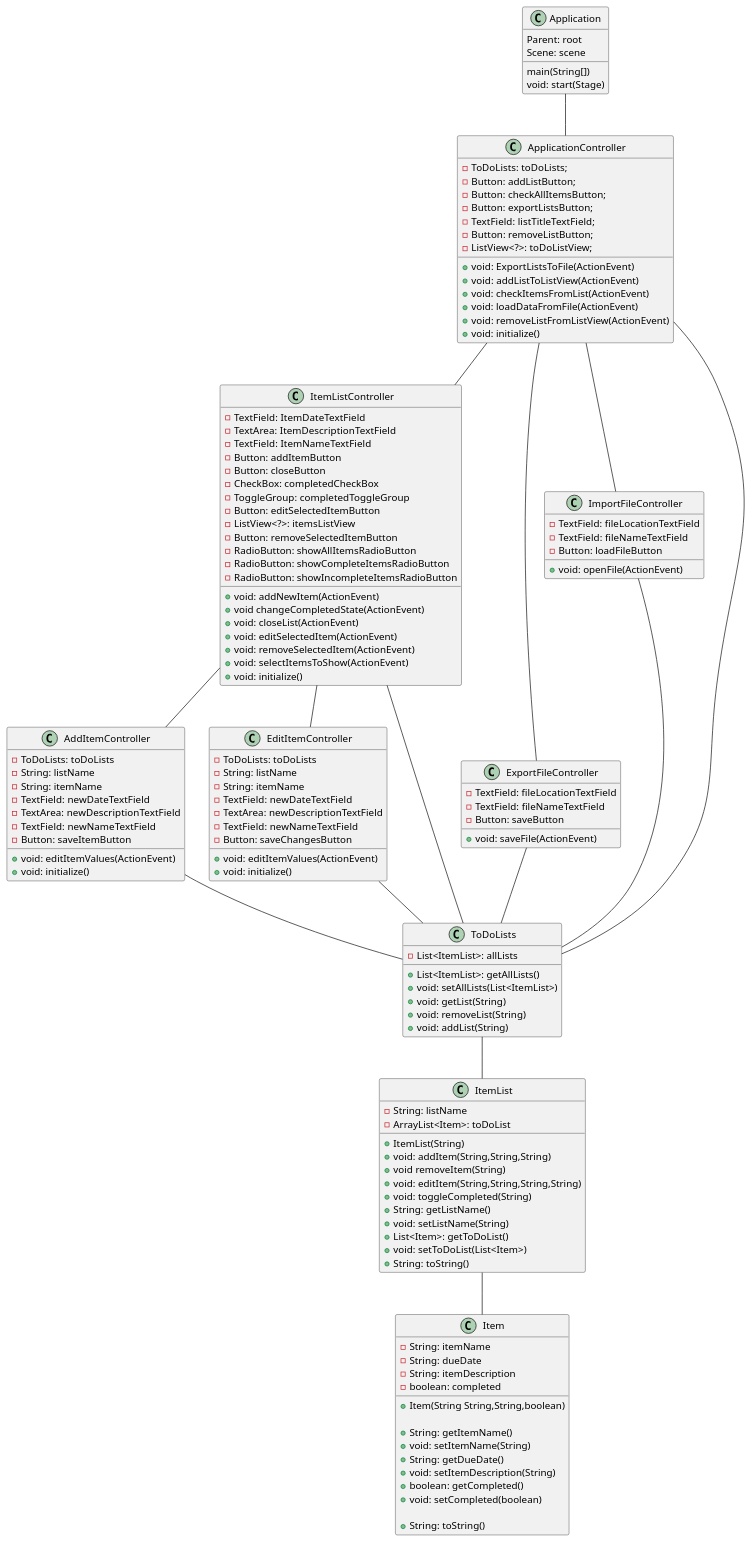
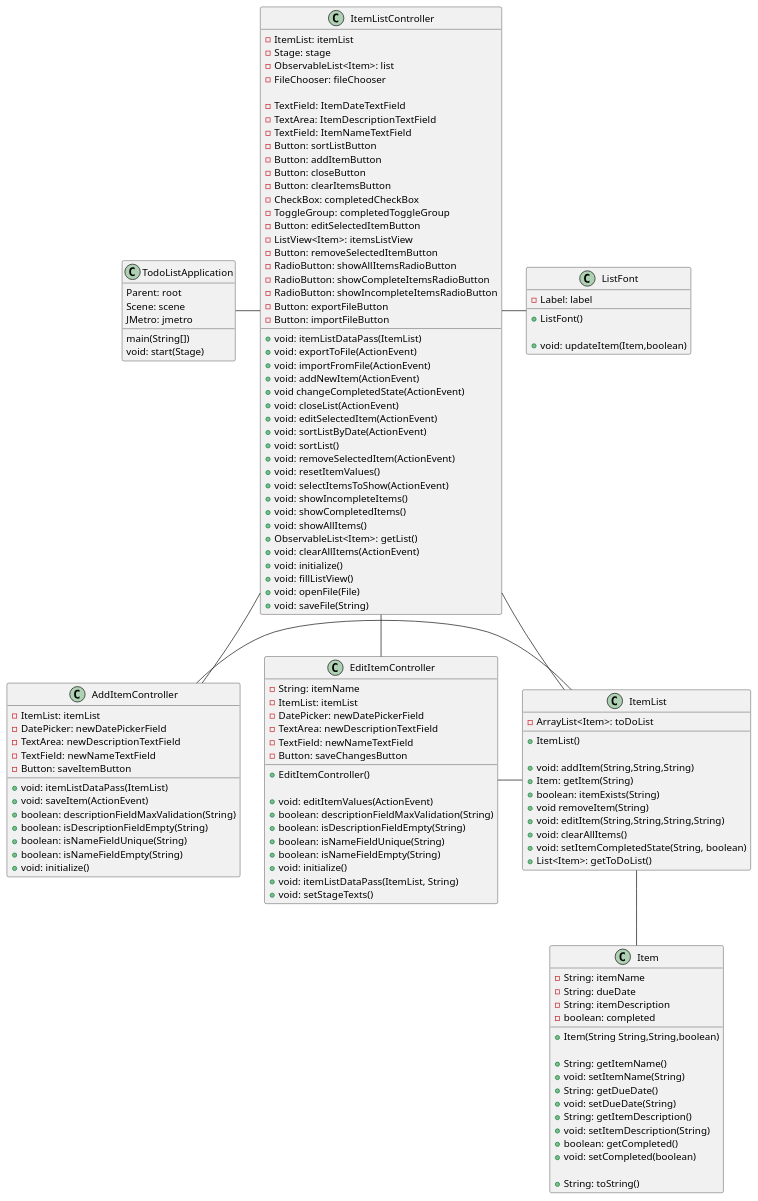
One commit to CapOregon9/bagherzadeh-app1-impl changed the diagram in docs/Classes.puml. Above: the diagram before and after it, drawn with PlantUML. The commit also changed 15 other files, not shown here.

Commit message:
Fixed pseudocode, finished UML, tried to fix spacing issue in listview, and added user guide to docs folder

```diff
--- a/docs/Classes.puml
+++ b/docs/Classes.puml
@@ -1,152 +1,148 @@
 @startuml
 
-Application -- ApplicationController
-ApplicationController -- ItemListController
+TodoListApplication -right- ItemListController
 ItemListController -- AddItemController
 ItemListController -- EditItemController
-ApplicationController -- ExportFileController
-ApplicationController -- ImportFileController
-ApplicationController -- ToDoLists
-ItemListController -- ToDoLists
-AddItemController -- ToDoLists
-EditItemController -- ToDoLists
-ExportFileController -- ToDoLists
-ImportFileController -- ToDoLists
+ItemListController -- ItemList
+AddItemController -right- ItemList
+EditItemController -right- ItemList
+ItemList -- Item
+ItemListController -right- ListFont
 
-ToDoLists -- ItemList
-ItemList -- Item
-
-class Application {
+class TodoListApplication {
     main(String[])
     void: start(Stage)
     Parent: root
     Scene: scene
-}
-
-class ToDoLists {
--List<ItemList>: allLists
-
-+List<ItemList>: getAllLists()
-+void: setAllLists(List<ItemList>)
-+void: getList(String)
-+void: removeList(String)
-+void: addList(String)
+    JMetro: jmetro
 }
 
 class ItemList {
--String: listName
+
 -ArrayList<Item>: toDoList
 
-+ItemList(String)
++ItemList()
+
 +void: addItem(String,String,String)
++Item: getItem(String)
++boolean: itemExists(String)
 +void removeItem(String)
 +void: editItem(String,String,String,String)
-+void: toggleCompleted(String)
-+String: getListName()
-+void: setListName(String)
++void: clearAllItems()
++void: setItemCompletedState(String, boolean)
 +List<Item>: getToDoList()
-+void: setToDoList(List<Item>)
-+String: toString()
+
 }
 
 class Item {
 -String: itemName
 -String: dueDate
 -String: itemDescription
 -boolean: completed
 
 +Item(String String,String,boolean)
 
 +String: getItemName()
 +void: setItemName(String)
 +String: getDueDate()
++void: setDueDate(String)
++String: getItemDescription()
 +void: setItemDescription(String)
 +boolean: getCompleted()
 +void: setCompleted(boolean)
 
 +String: toString()
 }
 
-class ApplicationController {
--ToDoLists: toDoLists;
--Button: addListButton;
--Button: checkAllItemsButton;
--Button: exportListsButton;
--TextField: listTitleTextField;
--Button: removeListButton;
--ListView<?>: toDoListView;
+class ItemListController {
+-ItemList: itemList
+-Stage: stage
+-ObservableList<Item>: list
+-FileChooser: fileChooser
 
-+void: ExportListsToFile(ActionEvent)
-+void: addListToListView(ActionEvent)
-+void: checkItemsFromList(ActionEvent)
-+void: loadDataFromFile(ActionEvent)
-+void: removeListFromListView(ActionEvent)
-+void: initialize()
-}
-
-class ItemListController {
 -TextField: ItemDateTextField
 -TextArea: ItemDescriptionTextField
 -TextField: ItemNameTextField
+-Button: sortListButton
 -Button: addItemButton
 -Button: closeButton
+-Button: clearItemsButton
 -CheckBox: completedCheckBox
 -ToggleGroup: completedToggleGroup
 -Button: editSelectedItemButton
--ListView<?>: itemsListView
+-ListView<Item>: itemsListView
 -Button: removeSelectedItemButton
 -RadioButton: showAllItemsRadioButton
 -RadioButton: showCompleteItemsRadioButton
 -RadioButton: showIncompleteItemsRadioButton
+-Button: exportFileButton
+-Button: importFileButton
 
++void: itemListDataPass(ItemList)
++void: exportToFile(ActionEvent)
++void: importFromFile(ActionEvent)
 +void: addNewItem(ActionEvent)
 +void changeCompletedState(ActionEvent)
 +void: closeList(ActionEvent)
 +void: editSelectedItem(ActionEvent)
++void: sortListByDate(ActionEvent)
++void: sortList()
 +void: removeSelectedItem(ActionEvent)
++void: resetItemValues()
 +void: selectItemsToShow(ActionEvent)
++void: showIncompleteItems()
++void: showCompletedItems()
++void: showAllItems()
++ObservableList<Item>: getList()
++void: clearAllItems(ActionEvent)
 +void: initialize()
++void: fillListView()
++void: openFile(File)
++void: saveFile(String)
 }
 
 class AddItemController {
--ToDoLists: toDoLists
--String: listName
--String: itemName
--TextField: newDateTextField
+-ItemList: itemList
+-DatePicker: newDatePickerField
 -TextArea: newDescriptionTextField
 -TextField: newNameTextField
 -Button: saveItemButton
 
-+void: editItemValues(ActionEvent)
++void: itemListDataPass(ItemList)
++void: saveItem(ActionEvent)
++boolean: descriptionFieldMaxValidation(String)
++boolean: isDescriptionFieldEmpty(String)
++boolean: isNameFieldUnique(String)
++boolean: isNameFieldEmpty(String)
 +void: initialize()
 }
 
 class EditItemController {
--ToDoLists: toDoLists
--String: listName
 -String: itemName
--TextField: newDateTextField
+-ItemList: itemList
+-DatePicker: newDatePickerField
 -TextArea: newDescriptionTextField
 -TextField: newNameTextField
 -Button: saveChangesButton
 
++EditItemController()
+
 +void: editItemValues(ActionEvent)
++boolean: descriptionFieldMaxValidation(String)
++boolean: isDescriptionFieldEmpty(String)
++boolean: isNameFieldUnique(String)
++boolean: isNameFieldEmpty(String)
 +void: initialize()
++void: itemListDataPass(ItemList, String)
++void: setStageTexts()
 }
 
-class ExportFileController {
--TextField: fileLocationTextField
--TextField: fileNameTextField
--Button: saveButton
+class ListFont {
+-Label: label
 
-+void: saveFile(ActionEvent)
++ListFont()
+
++void: updateItem(Item,boolean)
 }
 
-class ImportFileController {
--TextField: fileLocationTextField
--TextField: fileNameTextField
--Button: loadFileButton
-
-+void: openFile(ActionEvent)
-}
 @enduml
```
